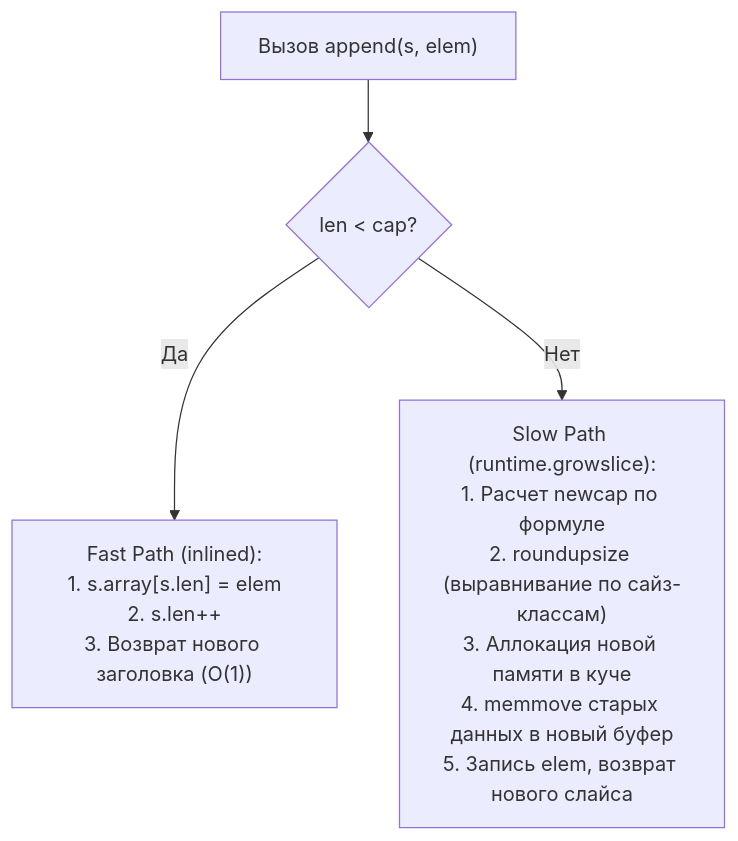
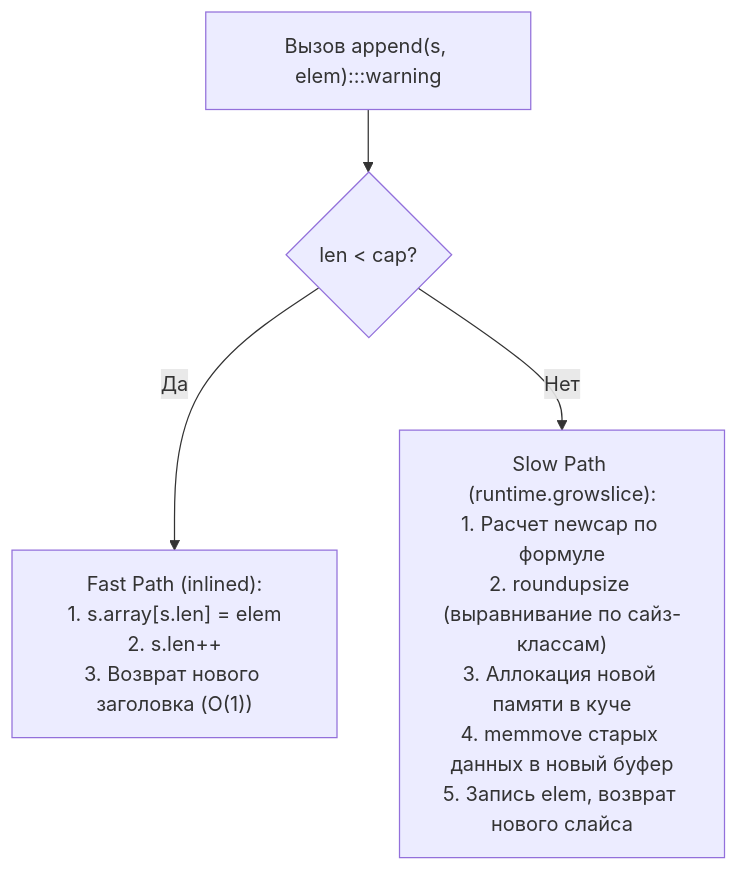
Before and after one commit to UnrealTemplier/go-textbook: the third of 4 diagrams in sources/20. Алгоритмы и структуры данных (DSA) на Go/02. Базовые структуры данных/2. Слайсы в Go как структура данных.md, drawn with Mermaid. The commit also changed other lines of this file and 1666 other files, not shown here.

First line of the commit message:
feat(mermaid): add semantic color classDef to 1369 colorless flowchart/graph diagrams

````diff
--- a/sources/20. Алгоритмы и структуры данных (DSA) на Go/02. Базовые структуры данных/2. Слайсы в Go как структура данных.md
+++ b/sources/20. Алгоритмы и структуры данных (DSA) на Go/02. Базовые структуры данных/2. Слайсы в Go как структура данных.md
@@ -91,7 +111,17 @@
 ```mermaid
 flowchart TD
-    StartAppend["Вызов append(s, elem)"] --> CheckSpace{"len < cap?"}
+    classDef process  fill:#1e293b,stroke:#38bdf8,stroke-width:1px,color:#f8fafc
+    classDef success  fill:#064e3b,stroke:#34d399,stroke-width:1px,color:#f8fafc
+    classDef error    fill:#7f1d1d,stroke:#f87171,stroke-width:1px,color:#f8fafc
+    classDef warning  fill:#78350f,stroke:#fbbf24,stroke-width:1px,color:#f8fafc
+    classDef entry    fill:#1e3a5f,stroke:#38bdf8,stroke-width:2px,color:#f8fafc
+    classDef aux      fill:#334155,stroke:#64748b,stroke-width:1px,color:#f8fafc
+    classDef system   fill:#312e81,stroke:#a78bfa,stroke-width:1px,color:#f8fafc
+    classDef data     fill:#132d29,stroke:#2dd4bf,stroke-width:1px,color:#f8fafc
+    classDef network  fill:#881337,stroke:#fb7185,stroke-width:1px,color:#f8fafc
+    classDef accent   fill:#1e1b4b,stroke:#818cf8,stroke-width:1px,color:#f8fafc
+    StartAppend["Вызов append(s, elem):::warning"] --> CheckSpace{"len < cap?"}
     
     CheckSpace -->|"Да"| FastPath["Fast Path (inlined):<br/>1. s.array[s.len] = elem<br/>2. s.len++<br/>3. Возврат нового заголовка (O(1))"]
     CheckSpace -->|"Нет"| SlowPath["Slow Path (runtime.growslice):<br/>1. Расчет newcap по формуле<br/>2. roundupsize (выравнивание по сайз-классам)<br/>3. Аллокация новой памяти в куче<br/>4. memmove старых данных в новый буфер<br/>5. Запись elem, возврат нового слайса"]
 ```
````
